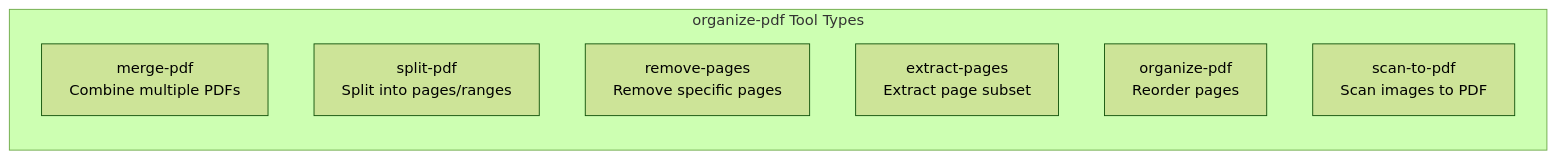
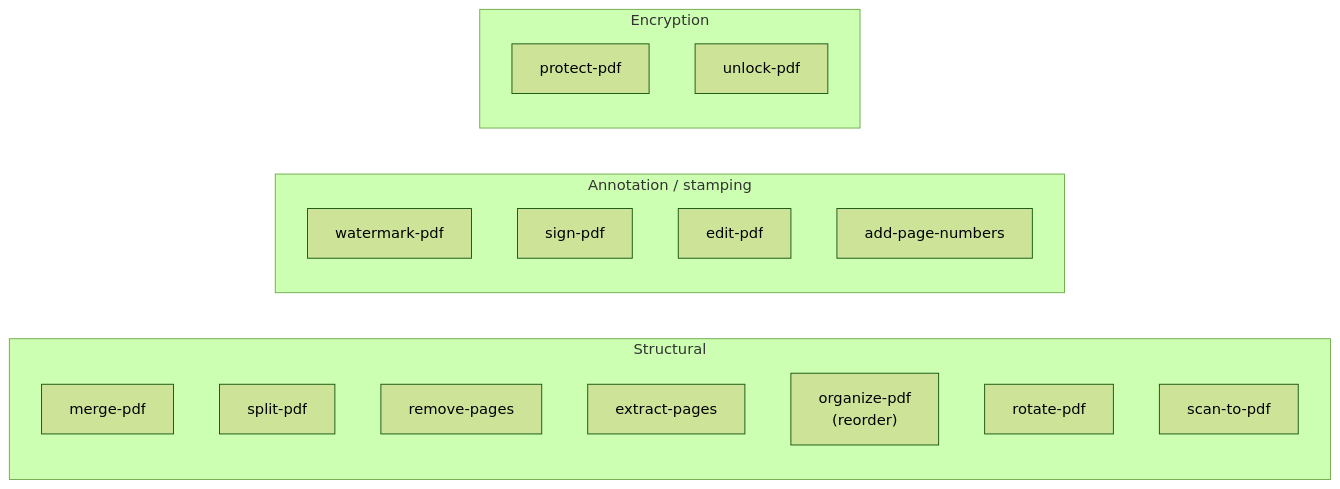
Before and after one commit to Prachidubey2003/fyredocs_backend: the second of 3 diagrams in docs/developer/mermaid/service-organize-pdf-architecture.md, drawn with Mermaid (forest theme). The commit also changed other lines of this file and 39 other files, not shown here.

Commit message:
Refactor PDF services to use NATS JetStream for job dispatch and event publishing; enhance documentation for OPTIMIZE_PDF and ORGANIZE_PDF services; remove deprecated UPLOAD_SERVICE documentation; update OpenAPI spec for improved clarity and accuracy.

````diff
--- a/docs/developer/mermaid/service-organize-pdf-architecture.md
+++ b/docs/developer/mermaid/service-organize-pdf-architecture.md
@@ -65,11 +83,24 @@
 ```mermaid
 graph LR
-    subgraph Tools["organize-pdf Tool Types"]
-        A["merge-pdf<br/>Combine multiple PDFs"]
-        B["split-pdf<br/>Split into pages/ranges"]
-        C["remove-pages<br/>Remove specific pages"]
-        D["extract-pages<br/>Extract page subset"]
-        E["organize-pdf<br/>Reorder pages"]
-        F["scan-to-pdf<br/>Scan images to PDF"]
+    subgraph Structural["Structural"]
+        A["merge-pdf"]
+        B["split-pdf"]
+        C["remove-pages"]
+        D["extract-pages"]
+        E["organize-pdf<br/>(reorder)"]
+        F["rotate-pdf"]
+        G["scan-to-pdf"]
+    end
+
+    subgraph Annotation["Annotation / stamping"]
+        H["watermark-pdf"]
+        I["sign-pdf"]
+        J["edit-pdf"]
+        K["add-page-numbers"]
+    end
+
+    subgraph Encryption["Encryption"]
+        L["protect-pdf"]
+        M["unlock-pdf"]
     end
 ```
````
